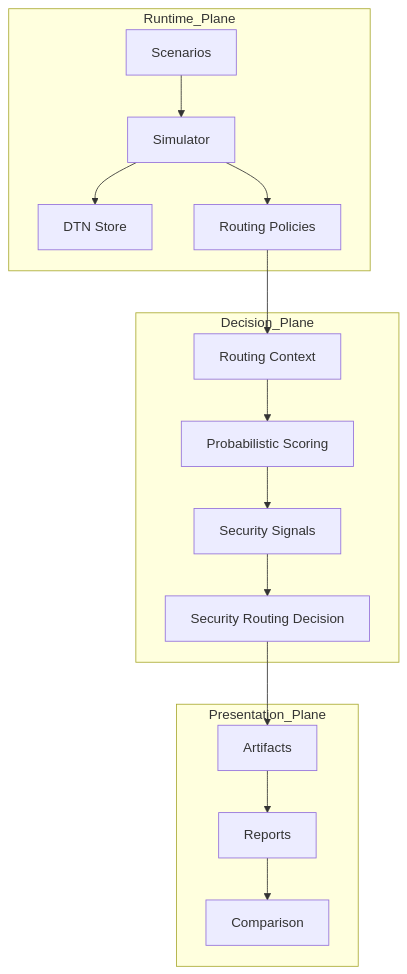
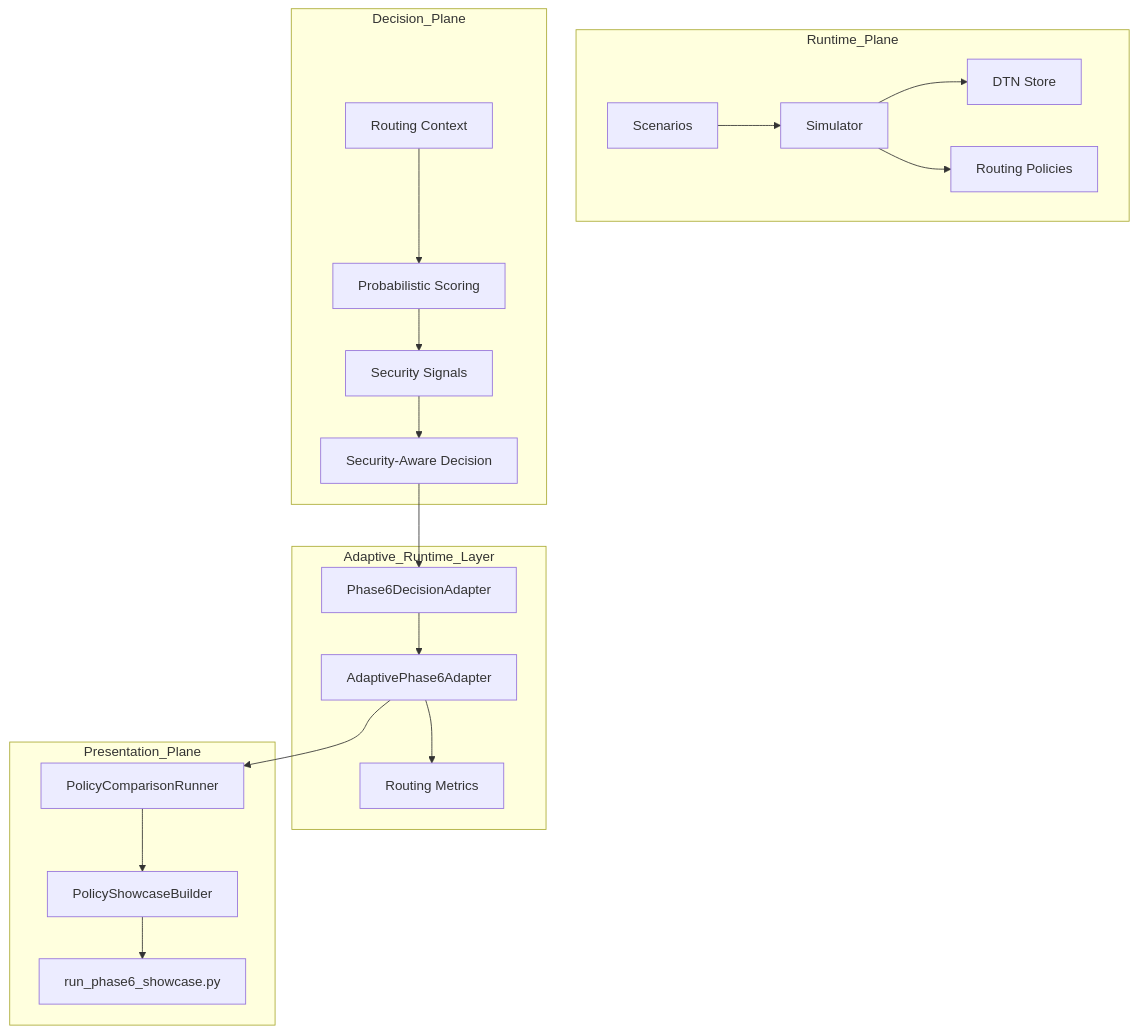
One commit to leozzmc/AetherNet changed the first of 3 diagrams in README.md. Above: the diagram before and after it, drawn with Mermaid. The commit also changed other lines of this file and 6 other files, not shown here.

Commit message:
wave-6: runtime showcase documentation

````diff
--- a/README.md
+++ b/README.md
@@ -238,31 +292,37 @@
 ```mermaid
 flowchart TB
     subgraph Runtime_Plane
         SCEN[Scenarios]
         SIM[Simulator]
         STORE[DTN Store]
         ROUTE[Routing Policies]
     end
 
     subgraph Decision_Plane
         CONTEXT[Routing Context]
         SCORE[Probabilistic Scoring]
         SIGNAL[Security Signals]
-        DECISION[Security Routing Decision]
+        DECISION[Security-Aware Decision]
+    end
+
+    subgraph Adaptive_Runtime_Layer
+        ADAPTER[Phase6DecisionAdapter]
+        ADAPTIVE[AdaptivePhase6Adapter]
+        METRICS[Routing Metrics]
     end
 
     subgraph Presentation_Plane
-        ART[Artifacts]
-        REP[Reports]
-        COMP[Comparison]
+        COMPARE[PolicyComparisonRunner]
+        SHOWCASE[PolicyShowcaseBuilder]
+        CLI[run_phase6_showcase.py]
     end
 
     SCEN --> SIM
     SIM --> STORE
     SIM --> ROUTE
 
-    ROUTE --> CONTEXT
     CONTEXT --> SCORE --> SIGNAL --> DECISION
-
-    DECISION --> ART --> REP --> COMP
+    DECISION --> ADAPTER --> ADAPTIVE
+    ADAPTIVE --> METRICS
+    ADAPTIVE --> COMPARE --> SHOWCASE --> CLI
 ```
````
